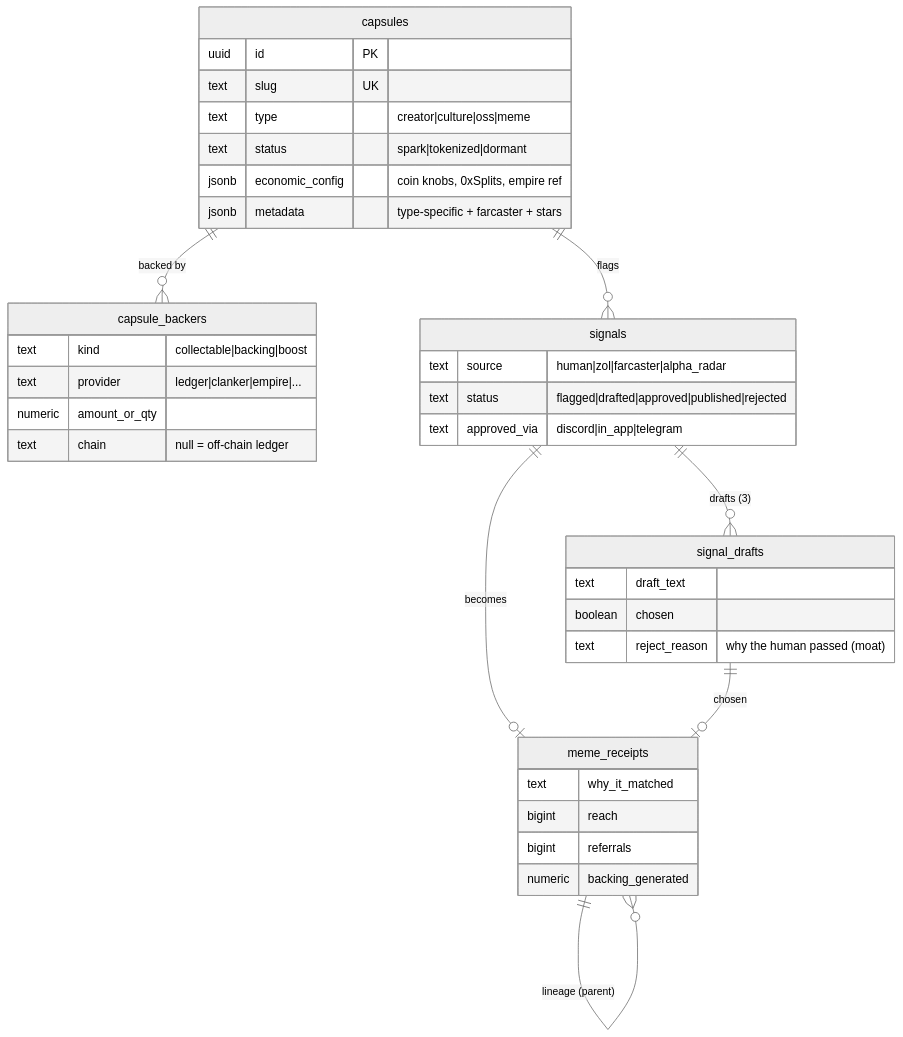
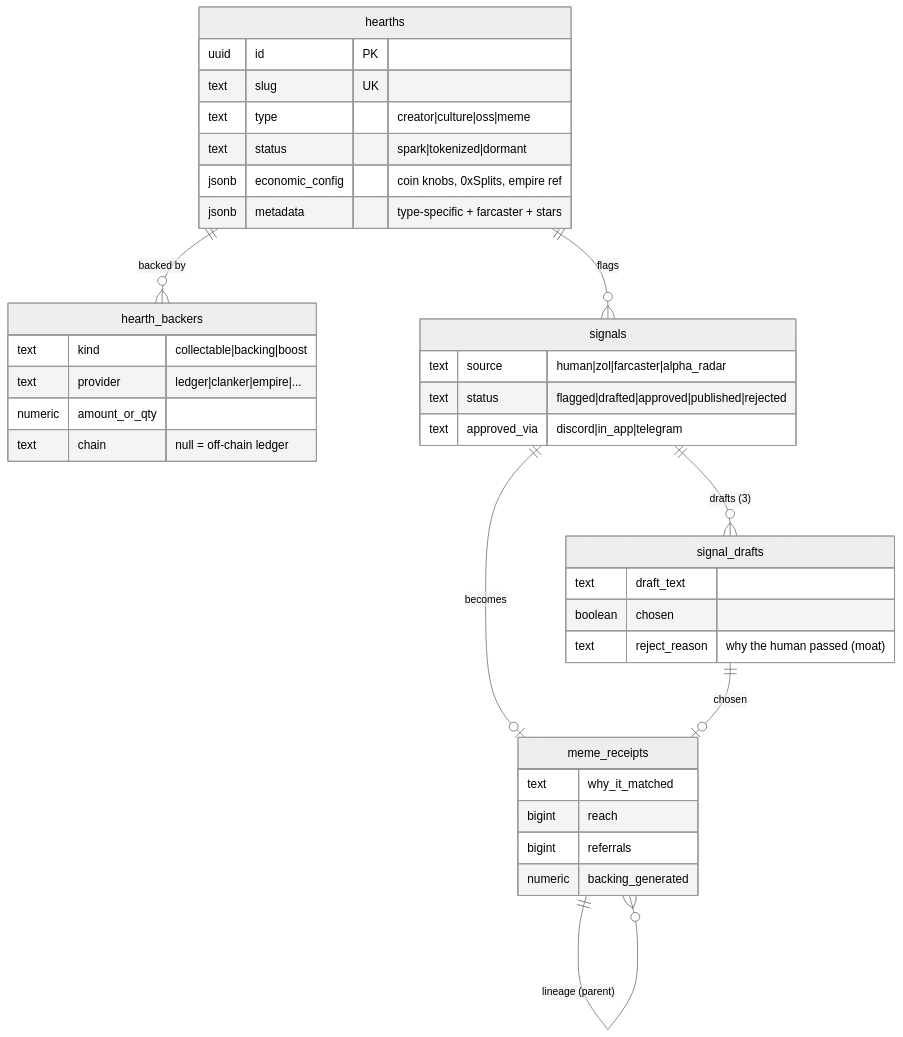
One commit to bettercallzaal/sparkz changed the fourth of 6 diagrams in README.md. Above: the diagram before and after it, drawn with Mermaid (neutral theme). The commit also changed other lines of this file and 19 other files, not shown here.

````diff
--- a/README.md
+++ b/README.md
@@ -269,40 +270,40 @@
 ```mermaid
 erDiagram
-  capsules ||--o{ capsule_backers : "backed by"
-  capsules ||--o{ signals : "flags"
+  hearths ||--o{ hearth_backers : "backed by"
+  hearths ||--o{ signals : "flags"
   signals  ||--o{ signal_drafts : "drafts (3)"
   signals  ||--o| meme_receipts : "becomes"
   signal_drafts ||--o| meme_receipts : "chosen"
   meme_receipts ||--o{ meme_receipts : "lineage (parent)"
 
-  capsules {
+  hearths {
     uuid id PK
     text slug UK
     text type "creator|culture|oss|meme"
     text status "spark|tokenized|dormant"
     jsonb economic_config "coin knobs, 0xSplits, empire ref"
     jsonb metadata "type-specific + farcaster + stars"
   }
-  capsule_backers {
+  hearth_backers {
     text kind "collectable|backing|boost"
     text provider "ledger|clanker|empire|..."
     numeric amount_or_qty
     text chain "null = off-chain ledger"
   }
   signals {
     text source "human|zol|farcaster|alpha_radar"
     text status "flagged|drafted|approved|published|rejected"
     text approved_via "discord|in_app|telegram"
   }
   signal_drafts {
     text draft_text
     boolean chosen
     text reject_reason "why the human passed (moat)"
   }
   meme_receipts {
     text why_it_matched
     bigint reach
     bigint referrals
     numeric backing_generated
   }
 ```
````
